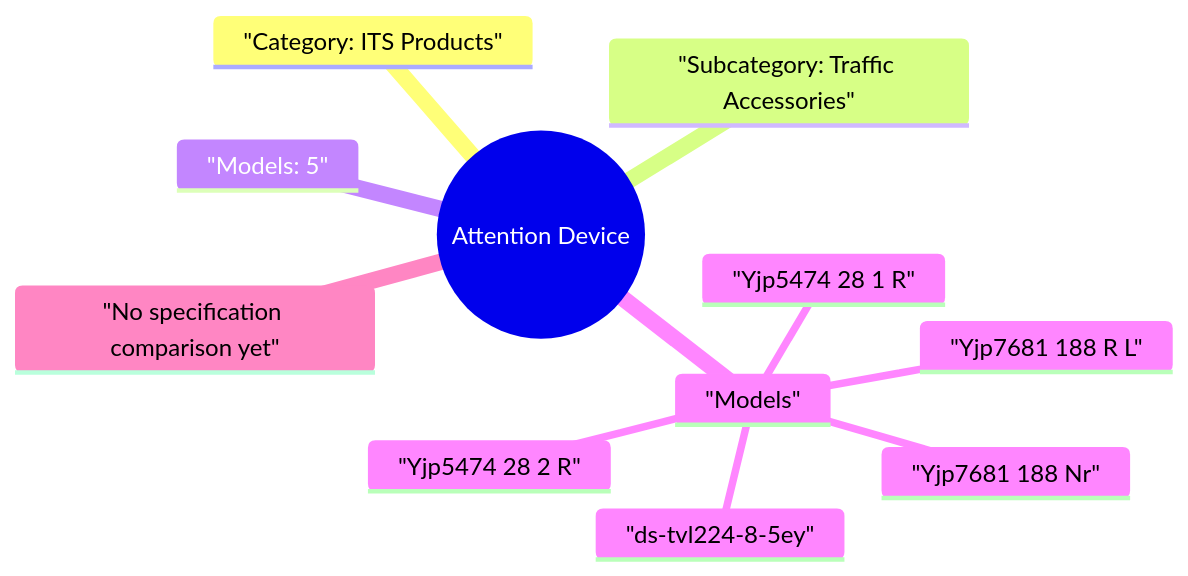
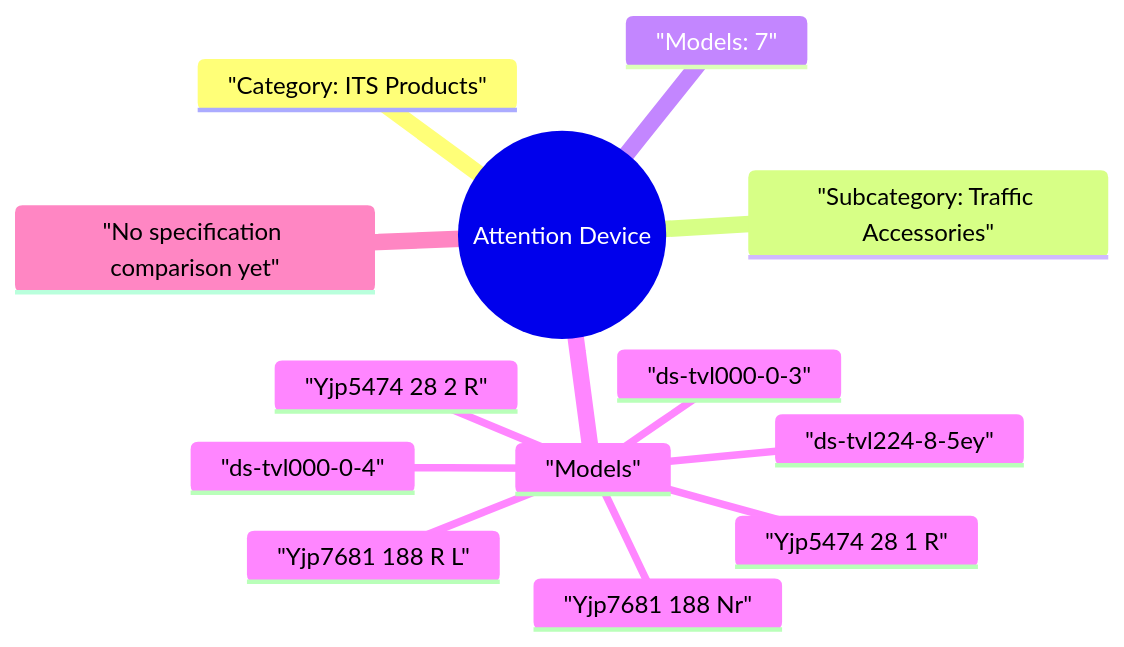
Before and after one commit to 123321step/hikvision-product-map: the diagram in site/mindmaps/en-its-products-traffic-accessories-attention-device.mmd, drawn with Mermaid. The commit also changed 21 other files, not shown here.

```diff
--- a/site/mindmaps/en-its-products-traffic-accessories-attention-device.mmd
+++ b/site/mindmaps/en-its-products-traffic-accessories-attention-device.mmd
@@ -1,12 +1,14 @@
 mindmap
   root(("Attention Device"))
     "Category: ITS Products"
     "Subcategory: Traffic Accessories"
-    "Models: 5"
+    "Models: 7"
     "Models"
+      "ds-tvl000-0-3"
+      "ds-tvl000-0-4"
       "ds-tvl224-8-5ey"
       "Yjp5474 28 1 R"
       "Yjp5474 28 2 R"
       "Yjp7681 188 Nr"
       "Yjp7681 188 R L"
     "No specification comparison yet"
```
